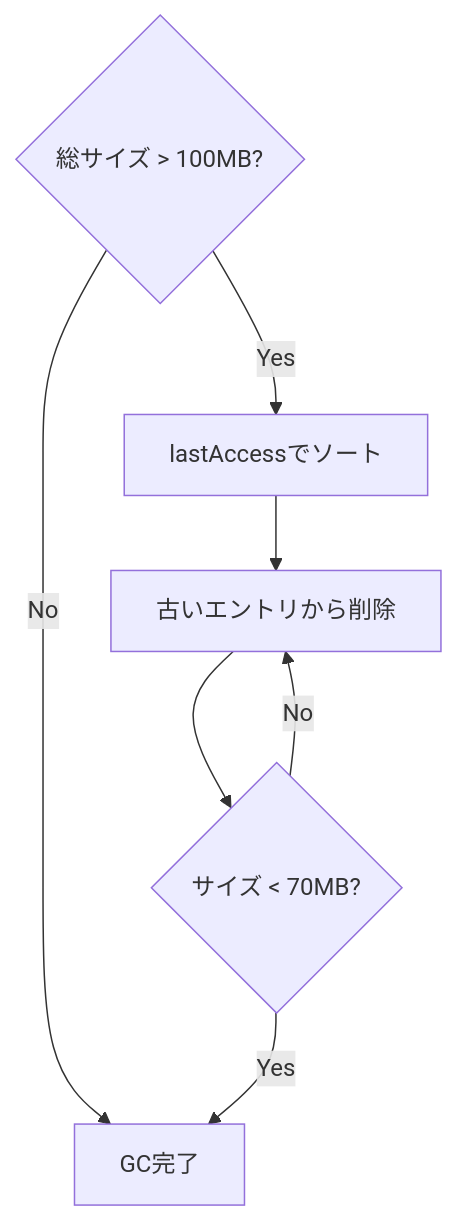
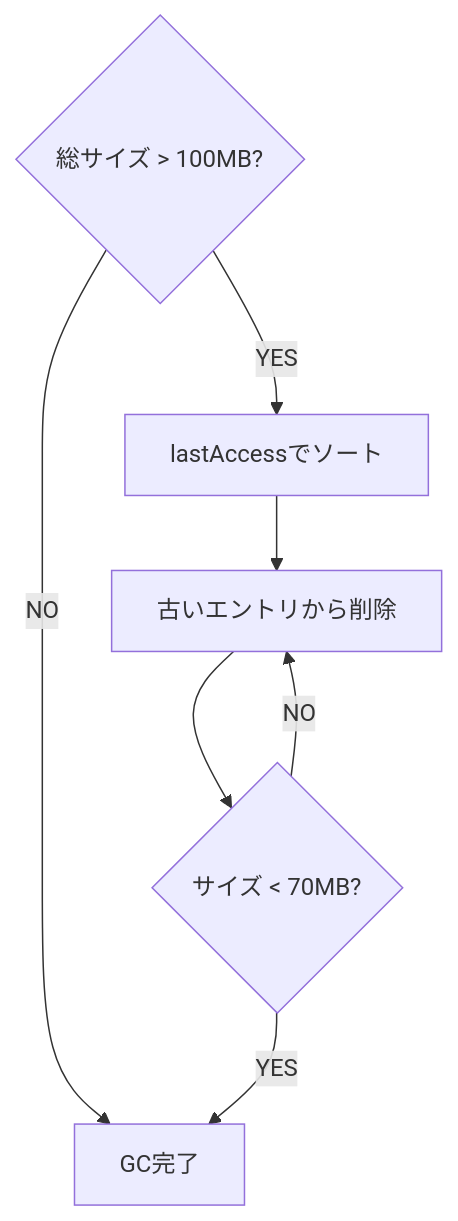
The sixth of 12 diagrams in docs/NODE-RUNTIME.md (Stasshe/Pyxis-CodeCanvas), drawn with Mermaid before and after one commit. The commit also changed other lines of this file and 3 other files, not shown here.

````diff
--- a/docs/NODE-RUNTIME.md
+++ b/docs/NODE-RUNTIME.md
@@ -350,15 +419,15 @@
 ```mermaid
 graph TB
     Check{総サイズ > 100MB?}
     Sort[lastAccessでソート]
     Delete[古いエントリから削除]
     Target{サイズ < 70MB?}
     Complete[GC完了]
     
-    Check -->|Yes| Sort
-    Check -->|No| Complete
+    Check -->|YES| Sort
+    Check -->|NO| Complete
     Sort --> Delete
     Delete --> Target
-    Target -->|No| Delete
-    Target -->|Yes| Complete
+    Target -->|NO| Delete
+    Target -->|YES| Complete
 ```
````
